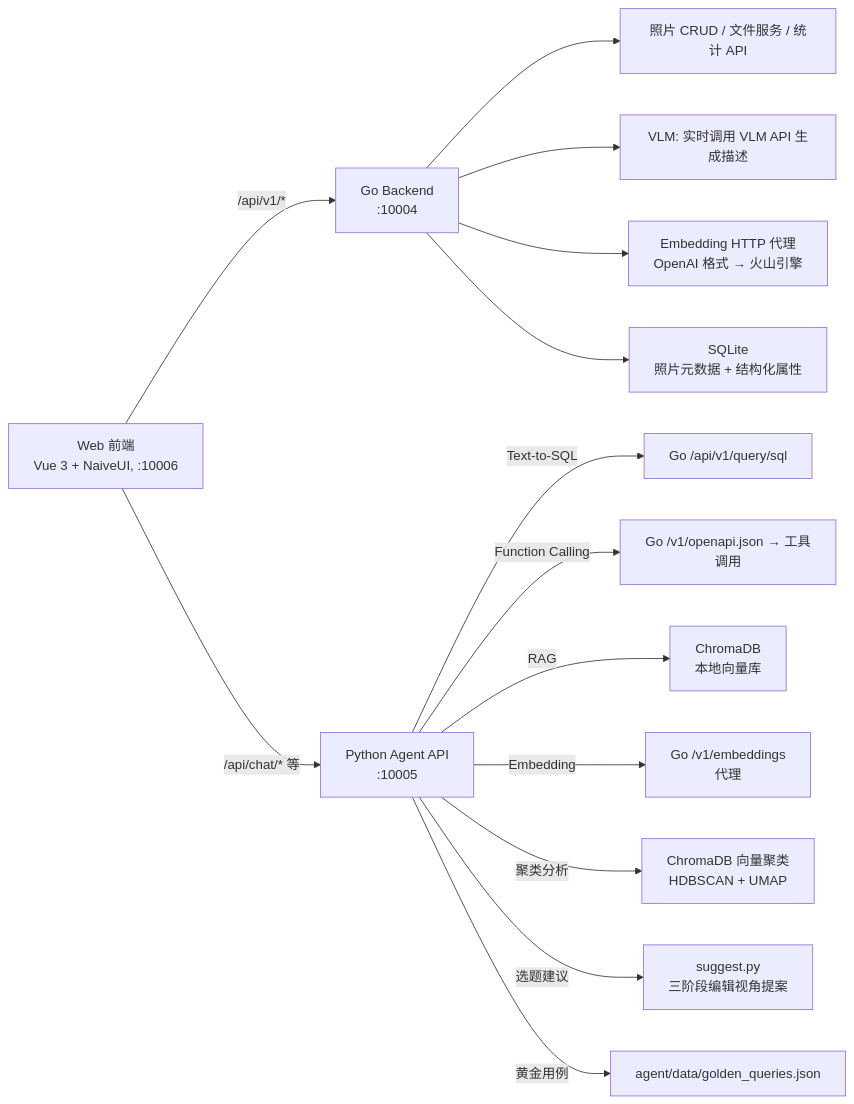
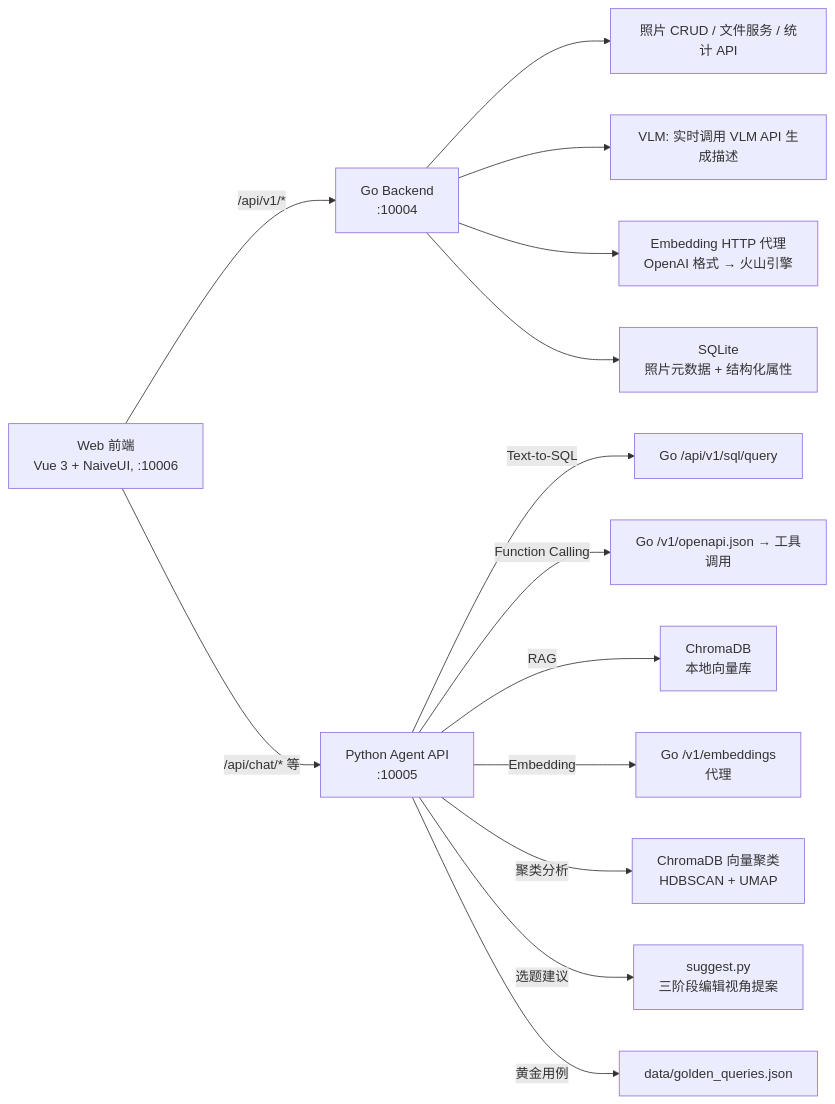
The first of 5 diagrams in docs/tech.md (pancake-lee/photo-agent), drawn with Mermaid before and after one commit. The commit also changed other lines of this file and 16 other files, not shown here.

````diff
--- a/docs/tech.md
+++ b/docs/tech.md
@@ -10,19 +10,19 @@
 ```mermaid
 flowchart LR
     A["Web 前端<br>Vue 3 + NaiveUI, :10006"]
     A -->|"/api/v1/*"| B["Go Backend<br>:10004"]
     A -->|"/api/chat/* 等"| C["Python Agent API<br>:10005"]
 
-    C -->|Text-to-SQL| D["Go /api/v1/query/sql"]
+    C -->|Text-to-SQL| D["Go /api/v1/sql/query"]
     C -->|Function Calling| E["Go /v1/openapi.json → 工具调用"]
     C -->|RAG| F["ChromaDB<br>本地向量库"]
     C -->|Embedding| G["Go /v1/embeddings<br>代理"]
     C -->|聚类分析| H["ChromaDB 向量聚类<br>HDBSCAN + UMAP"]
     C -->|选题建议| I["suggest.py<br>三阶段编辑视角提案"]
-    C -->|黄金用例| J["agent/data/golden_queries.json"]
+    C -->|黄金用例| J["data/golden_queries.json"]
 
     B --> K["照片 CRUD / 文件服务 / 统计 API"]
     B --> M["VLM: 实时调用 VLM API 生成描述"]
     B --> N["Embedding HTTP 代理<br>OpenAI 格式 → 火山引擎"]
     B --> O["SQLite<br>照片元数据 + 结构化属性"]
 ```
````
